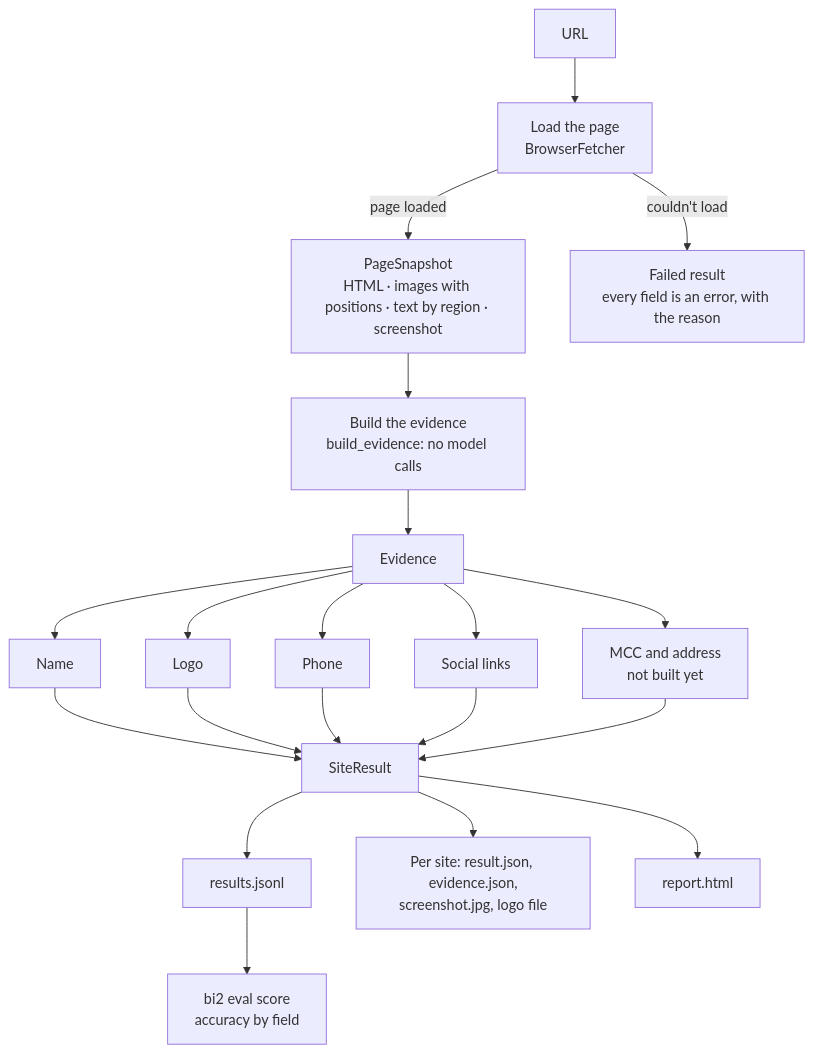
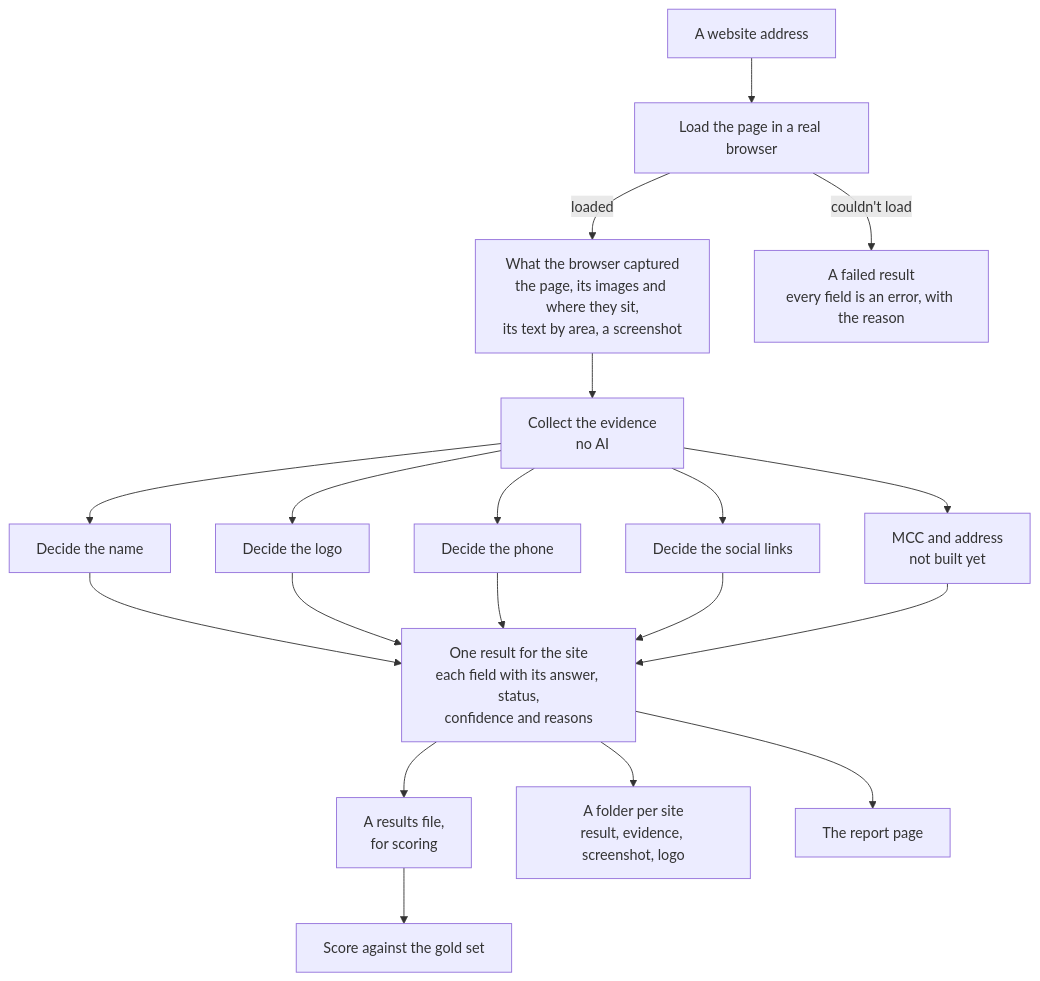
The third of 10 diagrams in docs/reviews/2026-10-12.md (haneeshraj/business-insights-v2), drawn with Mermaid before and after one commit. The commit also changed other lines of this file, not shown here.

Commit message:
docs: how answers are judged, and plainer diagrams in the progress review

````diff
--- a/docs/reviews/2026-10-12.md
+++ b/docs/reviews/2026-10-12.md
@@ -121,22 +126,21 @@
 ```mermaid
 flowchart TD
-  U["URL"] --> F["Load the page<br/>BrowserFetcher"]
-  F -->|"page loaded"| SN["PageSnapshot<br/>HTML · images with positions · text by region · screenshot"]
-  F -->|"couldn't load"| X["Failed result<br/>every field is an error, with the reason"]
-  SN --> B["Build the evidence<br/>build_evidence: no model calls"]
-  B --> EV["Evidence"]
-  EV --> N["Name"]
-  EV --> L["Logo"]
-  EV --> P["Phone"]
-  EV --> S["Social links"]
-  EV --> M["MCC and address<br/>not built yet"]
-  N --> SR["SiteResult"]
+  U["A website address"] --> F["Load the page in a real browser"]
+  F -->|"loaded"| SN["What the browser captured<br/>the page, its images and where they sit,<br/>its text by area, a screenshot"]
+  F -->|"couldn't load"| X["A failed result<br/>every field is an error, with the reason"]
+  SN --> B["Collect the evidence<br/>no AI"]
+  B --> N["Decide the name"]
+  B --> L["Decide the logo"]
+  B --> P["Decide the phone"]
+  B --> S["Decide the social links"]
+  B --> M["MCC and address<br/>not built yet"]
+  N --> SR["One result for the site<br/>each field with its answer, status,<br/>confidence and reasons"]
   L --> SR
   P --> SR
   S --> SR
   M --> SR
-  SR --> O1["results.jsonl"]
-  SR --> O2["Per site: result.json, evidence.json,<br/>screenshot.jpg, logo file"]
-  SR --> O3["report.html"]
-  O1 --> SC["bi2 eval score<br/>accuracy by field"]
+  SR --> O1["A results file,<br/>for scoring"]
+  SR --> O2["A folder per site<br/>result, evidence, screenshot, logo"]
+  SR --> O3["The report page"]
+  O1 --> SC["Score against the gold set"]
 ```
````
